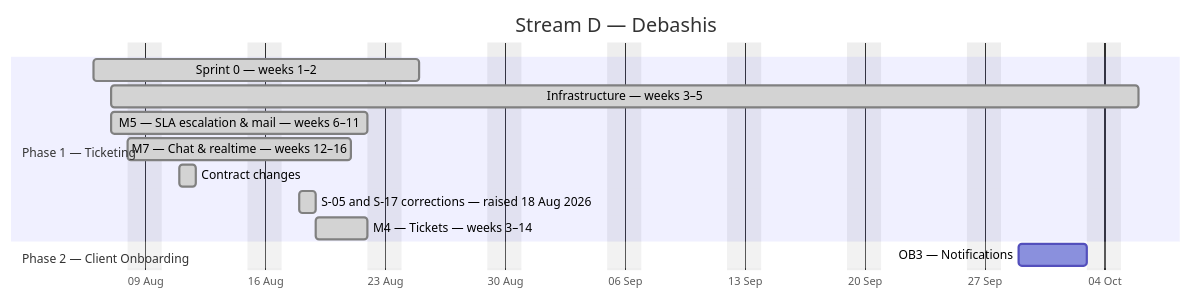
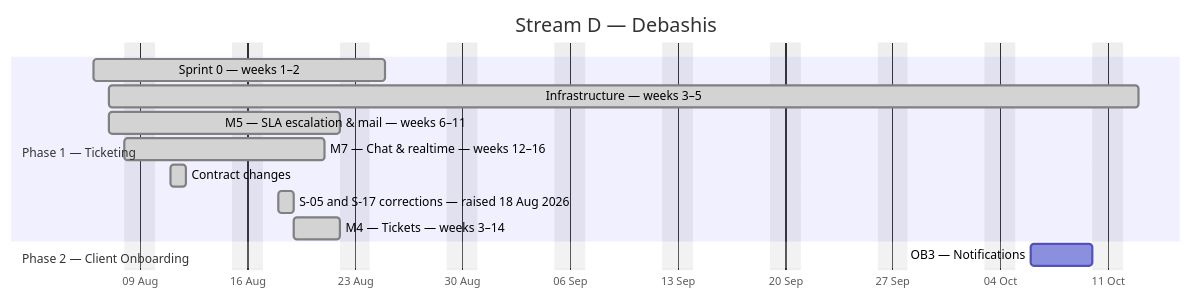
One commit to debashisedunext/EduTrack changed the fourth of 4 diagrams in docs/plan/GANTT.md. Above: the diagram before and after it, drawn with Mermaid. The commit also changed other lines of this file and 2 other files, not shown here.

````diff
--- a/docs/plan/GANTT.md
+++ b/docs/plan/GANTT.md
@@ -173,17 +173,17 @@
 ```mermaid
 gantt
     dateFormat YYYY-MM-DD
     axisFormat %d %b
     title Stream D — Debashis
     excludes weekends
     section Phase 1 — Ticketing
     Sprint 0 — weeks 1–2 :done, d0, 2026-08-06, 13d
-    Infrastructure — weeks 3–5 :done, d1, 2026-08-07, 42d
+    Infrastructure — weeks 3–5 :done, d1, 2026-08-07, 47d
     M5 — SLA  escalation & mail — weeks 6–11 :done, d2, 2026-08-07, 11d
     M7 — Chat & realtime — weeks 12–16 :done, d3, 2026-08-08, 10d
     Contract changes :done, d4, 2026-08-11, 1d
     S-05 and S-17 corrections — raised 18 Aug 2026 :done, d5, 2026-08-18, 1d
     M4 — Tickets — weeks 3–14 :done, d6, 2026-08-19, 3d
     section Phase 2 — Client Onboarding
-    OB3 — Notifications :d7, 2026-09-29, 4d
+    OB3 — Notifications :d7, 2026-10-06, 4d
 ```
````
